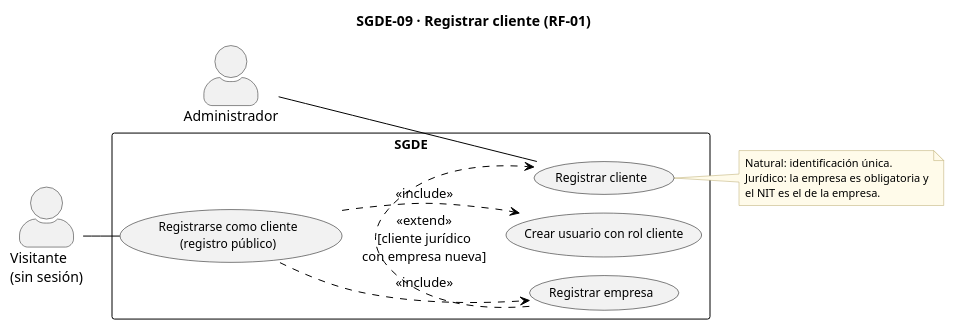
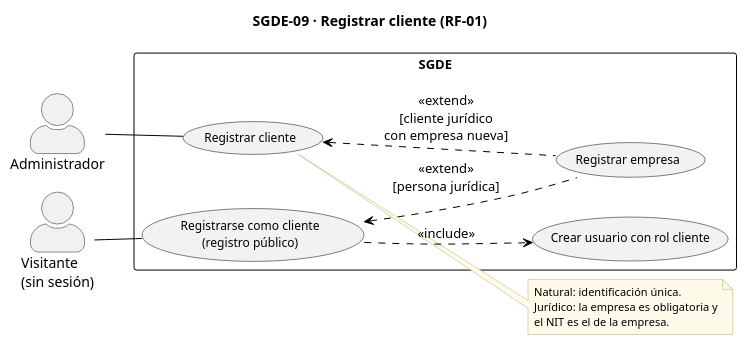
The diagram in docs/casos_uso_sgde/SGDE-09_Registrar_cliente.puml (AndreCamx2/Gestion-De-Eventos), drawn with PlantUML before and after one commit. The commit also changed 25 other files, not shown here.

```diff
--- a/docs/casos_uso_sgde/SGDE-09_Registrar_cliente.puml
+++ b/docs/casos_uso_sgde/SGDE-09_Registrar_cliente.puml
@@ -1,45 +1,45 @@
 @startuml SGDE-09_Registrar_cliente
 !pragma layout smetana
 left to right direction
 skinparam backgroundColor white
 skinparam usecase {
   BackgroundColor #F2F2F2
   BorderColor black
   FontSize 12
 }
 skinparam rectangle {
   BorderColor black
   FontSize 13
   FontStyle bold
 }
 skinparam note {
   BackgroundColor #FFFBEA
   BorderColor #B8A86B
   FontSize 11
 }
 skinparam ArrowColor black
 skinparam actorStyle awesome
 title SGDE-09 · Registrar cliente (RF-01)
 
 actor "Administrador" as AD
 actor "Visitante\n(sin sesión)" as VI
 
 rectangle "SGDE" {
   usecase "Registrar cliente" as UC1
   usecase "Registrar empresa" as UC2
   usecase "Registrarse como cliente\n(registro público)" as UC3
   usecase "Crear usuario con rol cliente" as UC4
 }
 
 AD -- UC1
 VI -- UC3
-UC2 .> UC1 : <<extend>>\n[cliente jurídico\ncon empresa nueva]
+UC1 <.. UC2 : <<extend>>\n[cliente jurídico\ncon empresa nueva]
 UC3 ..> UC4 : <<include>>
-UC3 ..> UC2 : <<include>>
+UC3 <.. UC2 : <<extend>>\n[persona jurídica]
 
 note right of UC1
   Natural: identificación única.
   Jurídico: la empresa es obligatoria y
   el NIT es el de la empresa.
 end note
 @enduml
```
